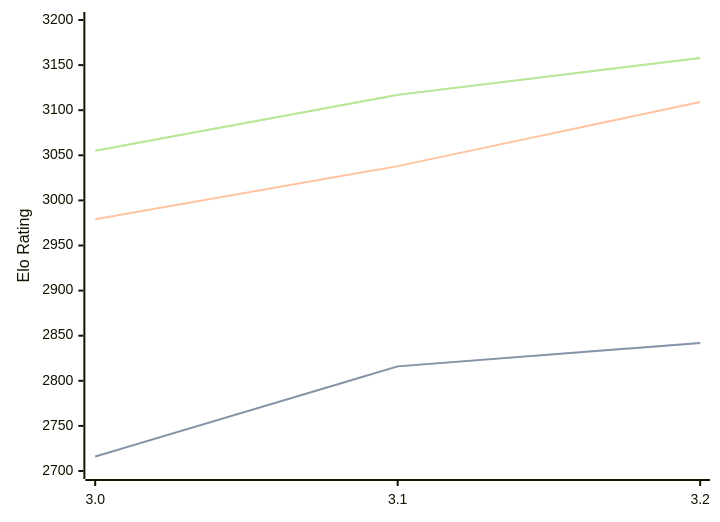
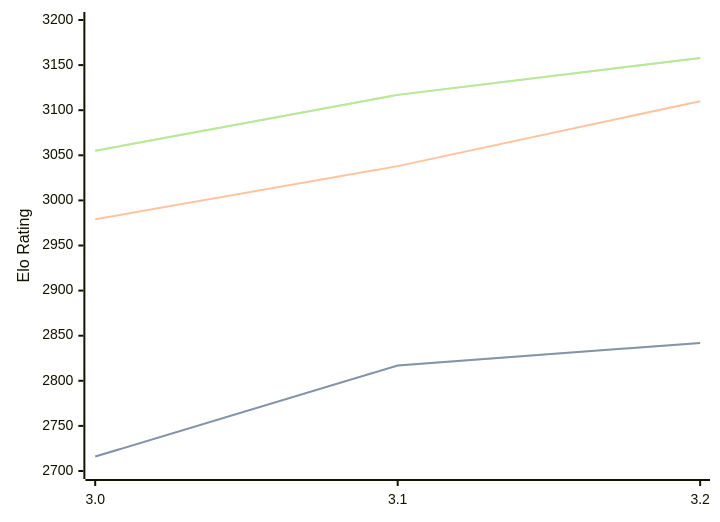
One commit to computer-chess-index/cci changed the diagram in engines/Vajolet2.md. Above: the diagram before and after it, drawn with Mermaid. The commit also changed other lines of this file, not shown here.

````diff
--- a/engines/Vajolet2.md
+++ b/engines/Vajolet2.md
@@ -41,11 +41,11 @@
 ```mermaid
 %%{init: {"theme":"base","themeVariables":{"seriesColors:['#a3a3a3','#222221','#faa371']}}}%%
 xychart-beta
   x-axis ["3.0", "3.1", "3.2"]
   y-axis "Elo Rating" 2700 --> 3200
-  line "STC (8.0+0.08s)" [2716, 2816, 2842]
-  line "STC (8.0+0.08s)" [2716, 2816, 2842]
-  line "LTC (60.0+0.60s)" [2979, 3038, 3109]
+  line "STC (8.0+0.08s)" [2716, 2817, 2842]
+  line "STC (8.0+0.08s)" [2716, 2817, 2842]
+  line "LTC (60.0+0.60s)" [2979, 3038, 3110]
   line "VLTC (2m24s+1.12s)" [3055, 3117, 3158]
   line "VLTC (2m24s+1.12s)" [3055, 3117, 3158]
 ```
````
